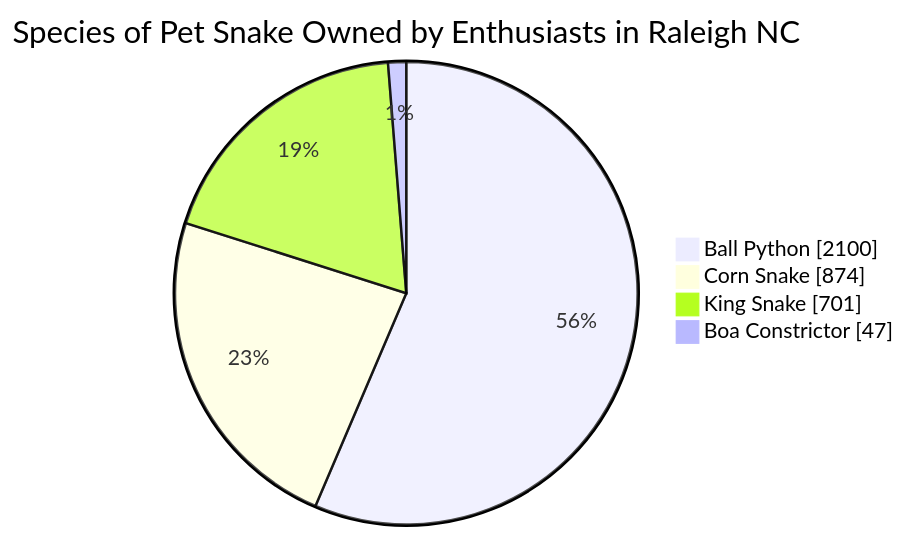
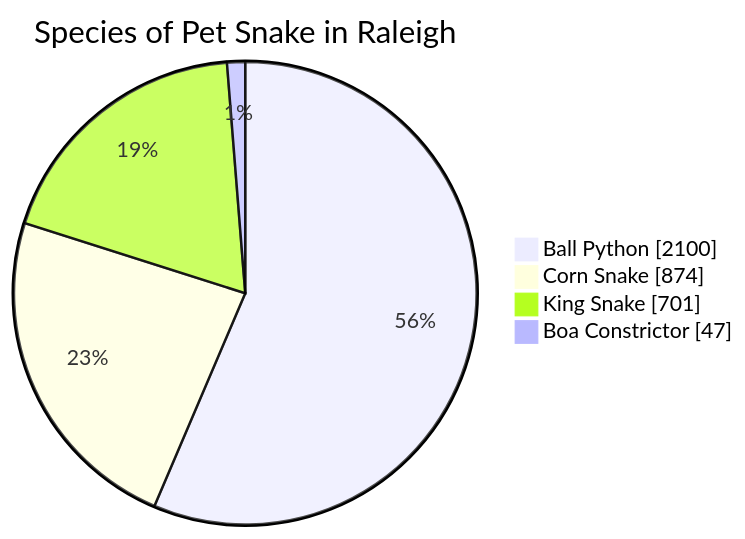
Before and after one commit to K-Tom-Hearn/K-Tom-Hearn.github.io: the diagram in Diagram.md, drawn with Mermaid.

Commit message:
Update Diagram.md
Updated title to allotted space.

````diff
--- a/Diagram.md
+++ b/Diagram.md
@@ -1,8 +1,8 @@
 ```mermaid
 pie showData
-    title Species of Pet Snake Owned by Enthusiasts in Raleigh NC
+    title Species of Pet Snake in Raleigh
     "Ball Python" : 2100
     "Corn Snake" : 874
     "King Snake" : 701
     "Boa Constrictor" : 47
 ```
````
